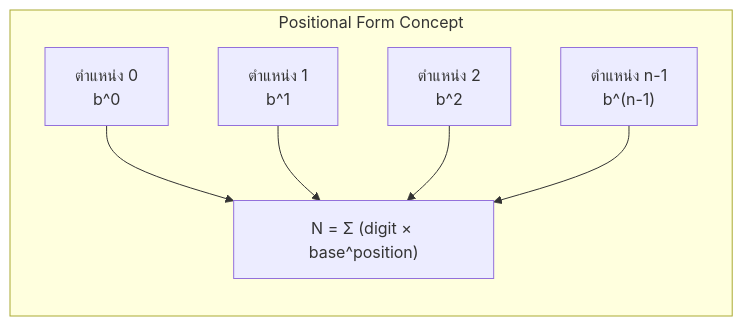
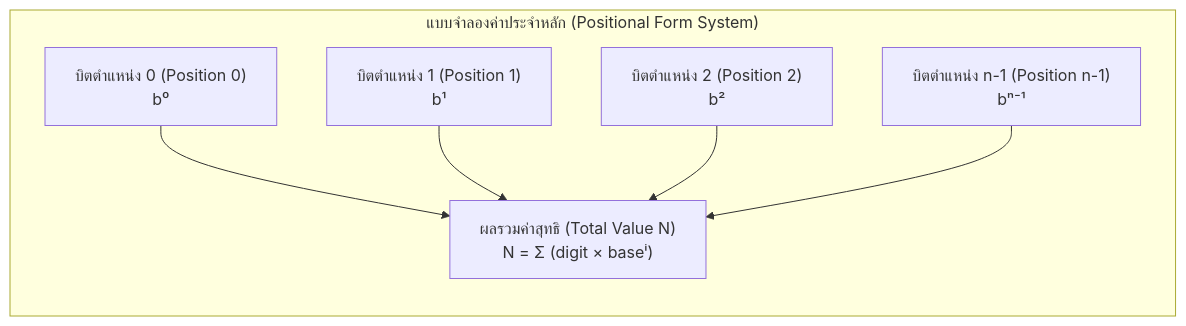
The first of 2 diagrams in 01_Lectures/Week1/Number-System-Basics.md (PhuriphatTyPeZ3r0/Course-1322201-Digital-Logic-Design-2026), drawn with Mermaid before and after one commit. The commit also changed other lines of this file and 18 other files, not shown here.

Commit message:
refactor: standardize diagrams to UML specifications across notes and templates

````diff
--- a/01_Lectures/Week1/Number-System-Basics.md
+++ b/01_Lectures/Week1/Number-System-Basics.md
@@ -60,10 +62,9 @@
 ```mermaid
 flowchart LR
-    subgraph Positional Form Concept
-    D0["ตำแหน่ง 0<br/>b^0"] --> Sum
-    D1["ตำแหน่ง 1<br/>b^1"] --> Sum
-    D2["ตำแหน่ง 2<br/>b^2"] --> Sum
-    Dn["ตำแหน่ง n-1<br/>b^(n-1)"] --> Sum
-    Sum["N = Σ (digit × base^position)"]
+    subgraph Positional_Form["แบบจำลองค่าประจำหลัก (Positional Form System)"]
+        D0["บิตตำแหน่ง 0 (Position 0)<br/>b⁰"] --> Sum["ผลรวมค่าสุทธิ (Total Value N)<br/>N = Σ (digit × baseⁱ)"]
+        D1["บิตตำแหน่ง 1 (Position 1)<br/>b¹"] --> Sum
+        D2["บิตตำแหน่ง 2 (Position 2)<br/>b²"] --> Sum
+        Dn["บิตตำแหน่ง n-1 (Position n-1)<br/>bⁿ⁻¹"] --> Sum
     end
 ```
````
